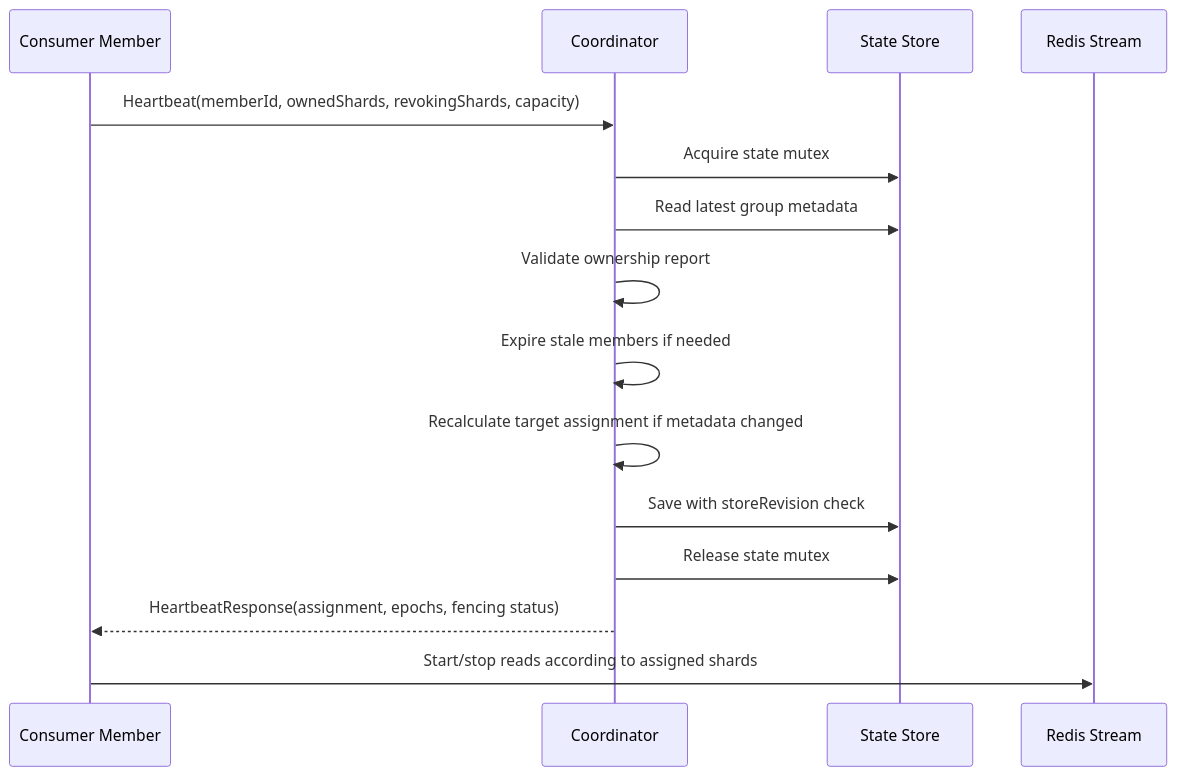
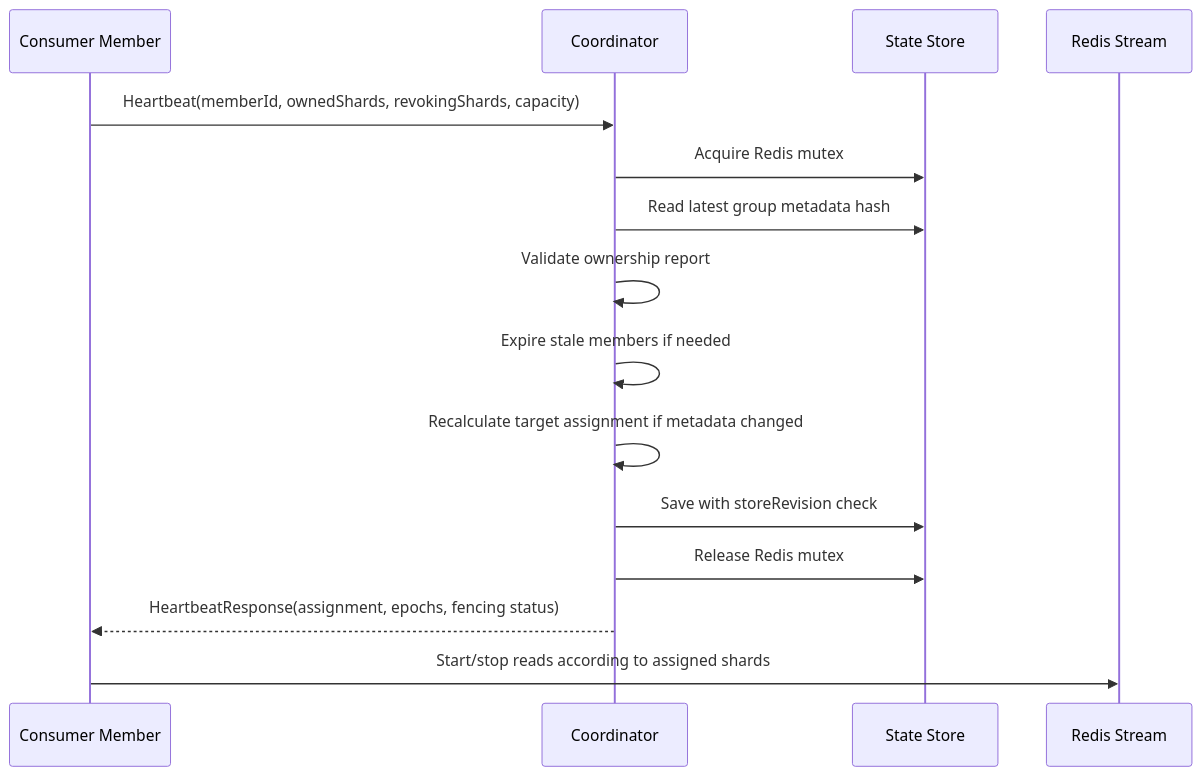
One commit to ghkdqhrbals/redis-stream-coordinator changed the diagram in docs/prd/02-coordinator-architecture.md. Above: the diagram before and after it, drawn with Mermaid. The commit also changed other lines of this file and 89 other files, not shown here.

````diff
--- a/docs/prd/02-coordinator-architecture.md
+++ b/docs/prd/02-coordinator-architecture.md
@@ -61,18 +48,18 @@
 ```mermaid
 sequenceDiagram
     participant M as Consumer Member
     participant C as Coordinator
     participant S as State Store
     participant R as Redis Stream
 
     M->>C: Heartbeat(memberId, ownedShards, revokingShards, capacity)
-    C->>S: Acquire state mutex
-    C->>S: Read latest group metadata
+    C->>S: Acquire Redis mutex
+    C->>S: Read latest group metadata hash
     C->>C: Validate ownership report
     C->>C: Expire stale members if needed
     C->>C: Recalculate target assignment if metadata changed
     C->>S: Save with storeRevision check
-    C->>S: Release state mutex
+    C->>S: Release Redis mutex
     C-->>M: HeartbeatResponse(assignment, epochs, fencing status)
     M->>R: Start/stop reads according to assigned shards
 ```
````
